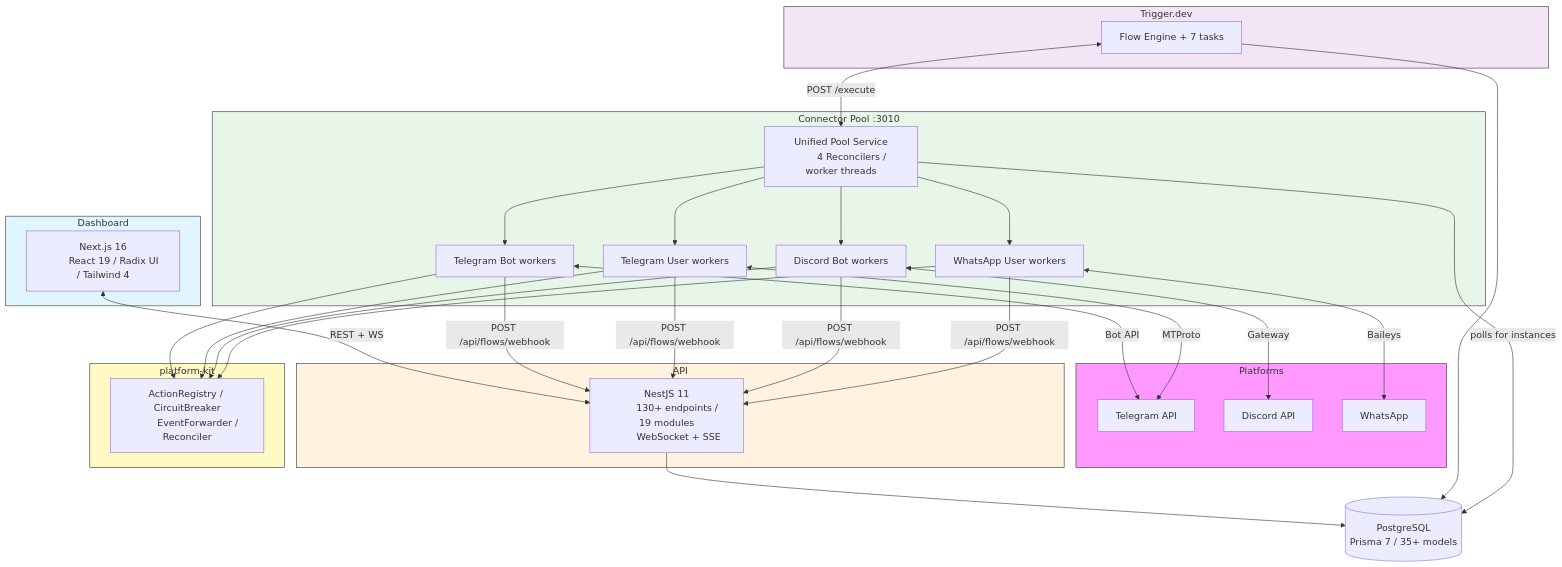
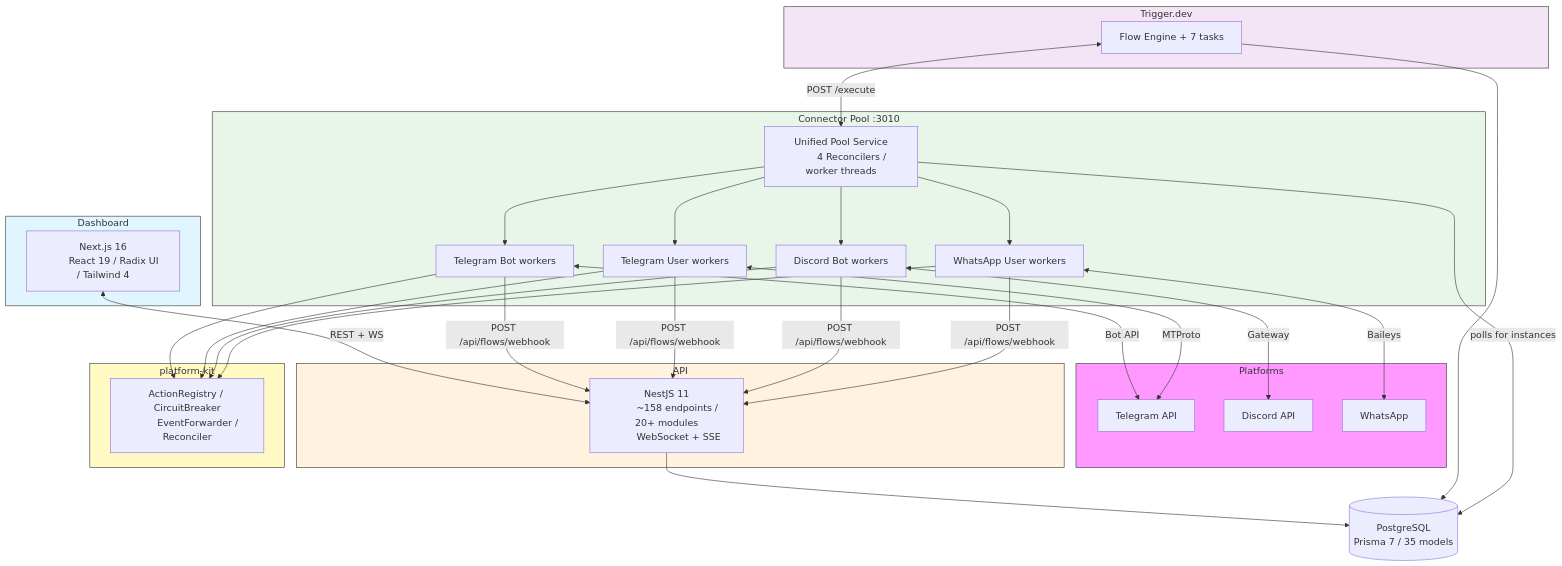
The first of 9 diagrams in README.md (kolezka/flowbot), drawn with Mermaid before and after one commit. The commit also changed other lines of this file and 69 other files, not shown here.

First line of the commit message:
docs: regenerate full documentation for connector-pool architecture

````diff
--- a/README.md
+++ b/README.md
@@ -31,62 +31,62 @@
 ```mermaid
 graph TB
     subgraph Platforms["Platforms"]
         TG["Telegram API"]
         DC["Discord API"]
         WA["WhatsApp"]
     end
 
     subgraph Dashboard["Dashboard"]
         FE["Next.js 16
         React 19 / Radix UI / Tailwind 4"]
     end
 
     subgraph API["API"]
         NEST["NestJS 11
-        130+ endpoints / 19 modules
+        ~158 endpoints / 20+ modules
         WebSocket + SSE"]
     end
 
     subgraph Pool["Connector Pool :3010"]
         CP["Unified Pool Service
         4 Reconcilers / worker threads"]
         TBW["Telegram Bot workers"]
         TUW["Telegram User workers"]
         DCW["Discord Bot workers"]
         WAW["WhatsApp User workers"]
         CP --> TBW & TUW & DCW & WAW
     end
 
     subgraph Shared["platform-kit"]
         PK["ActionRegistry / CircuitBreaker
         EventForwarder / Reconciler"]
     end
 
     subgraph Jobs["Trigger.dev"]
         TR["Flow Engine + 7 tasks"]
     end
 
     DB[("PostgreSQL
-    Prisma 7 / 35+ models")]
+    Prisma 7 / 35 models")]
 
     FE <-->|"REST + WS"| NEST
     NEST --> DB
     TR --> DB
     CP -->|"polls for instances"| DB
 
     TBW & TUW & DCW & WAW --> PK
     TBW <-->|"Bot API"| TG
     TUW <-->|"MTProto"| TG
     DCW <-->|"Gateway"| DC
     WAW <-->|"Baileys"| WA
 
     TR <-->|"POST /execute"| CP
     TBW & TUW & DCW & WAW -->|"POST /api/flows/webhook"| NEST
 
     style Platforms fill:#f9f,stroke:#333
     style Dashboard fill:#e1f5fe,stroke:#333
     style API fill:#fff3e0,stroke:#333
     style Pool fill:#e8f5e9,stroke:#333
     style Shared fill:#fff9c4,stroke:#333
     style Jobs fill:#f3e5f5,stroke:#333
 ```
````
